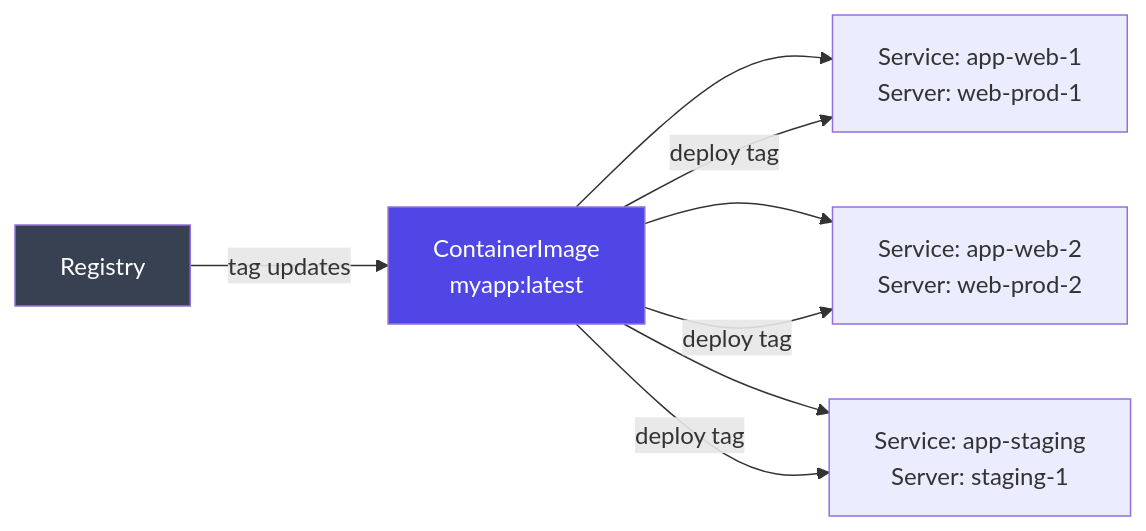
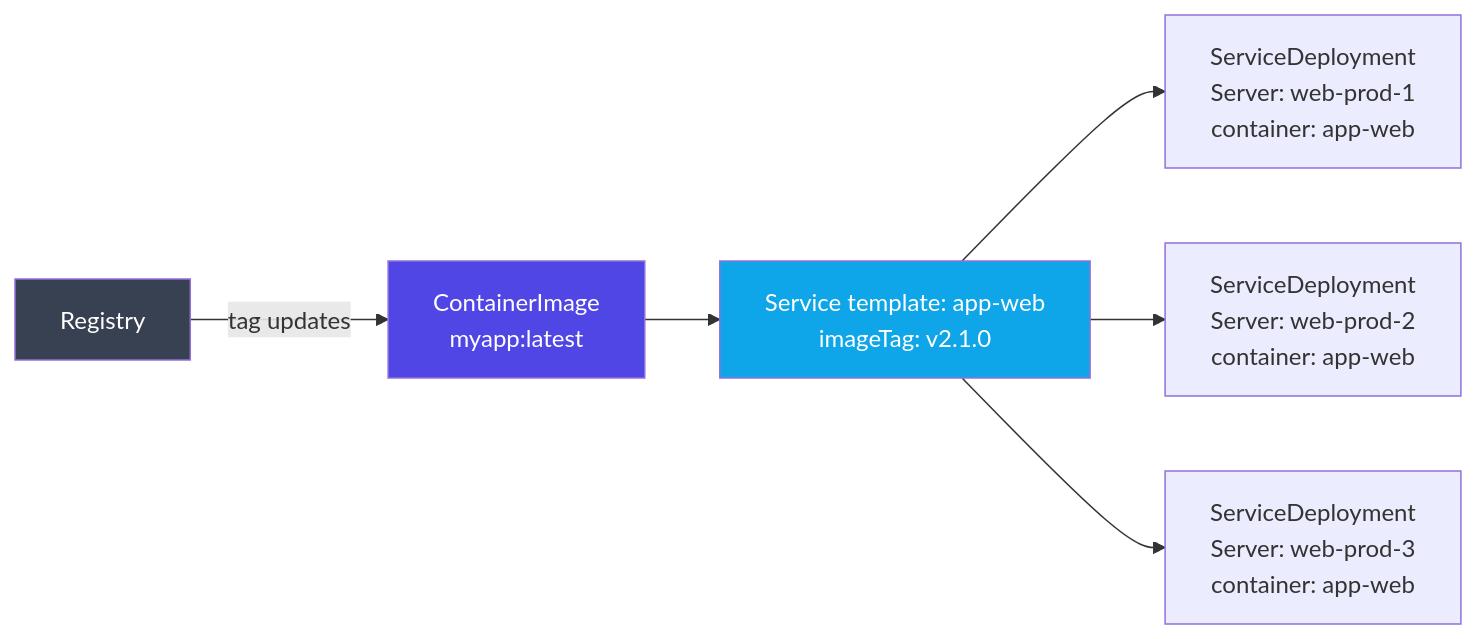
One commit to bridgeinpt/bridgeport changed the diagram in docs/guides/services.md. Above: the diagram before and after it, drawn with Mermaid. The commit also changed other lines of this file and 68 other files, not shown here.

Commit message:
feat: split Service into template + per-server ServiceDeployment (#107) (#137)

````diff
--- a/docs/guides/services.md
+++ b/docs/guides/services.md
@@ -46,13 +54,12 @@
 ```mermaid
 flowchart LR
-    CI[ContainerImage<br>myapp:latest] --> S1[Service: app-web-1<br>Server: web-prod-1]
-    CI --> S2[Service: app-web-2<br>Server: web-prod-2]
-    CI --> S3[Service: app-staging<br>Server: staging-1]
+    CI[ContainerImage<br>myapp:latest] --> S[Service template: app-web<br>imageTag: v2.1.0]
+    S --> D1[ServiceDeployment<br>Server: web-prod-1<br>container: app-web]
+    S --> D2[ServiceDeployment<br>Server: web-prod-2<br>container: app-web]
+    S --> D3[ServiceDeployment<br>Server: web-prod-3<br>container: app-web]
     REG[Registry] -->|tag updates| CI
-    CI -->|deploy tag| S1
-    CI -->|deploy tag| S2
-    CI -->|deploy tag| S3
 
     style CI fill:#4f46e5,color:#fff
+    style S fill:#0ea5e9,color:#fff
     style REG fill:#374151,color:#fff
 ```
````
